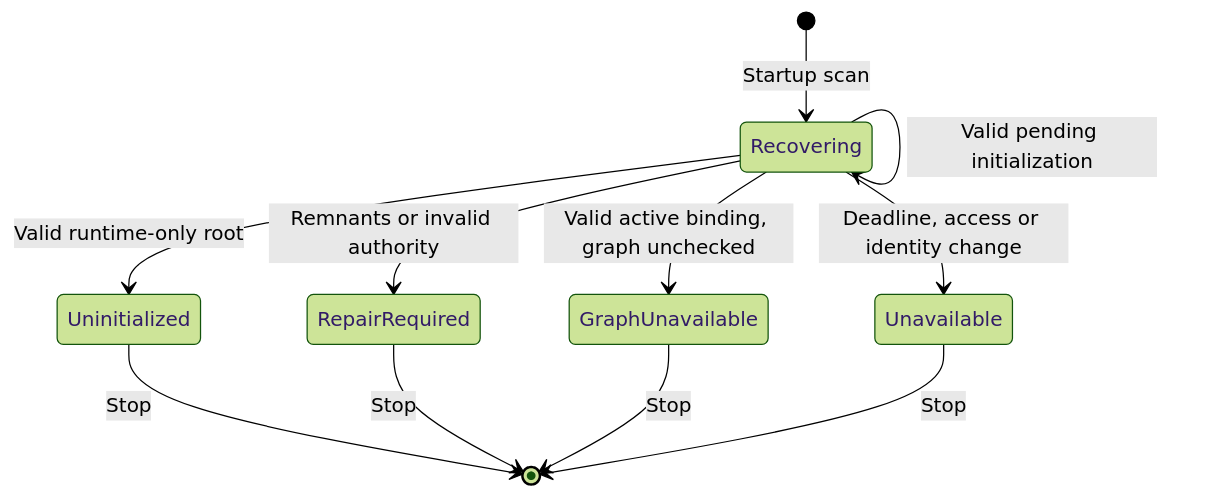
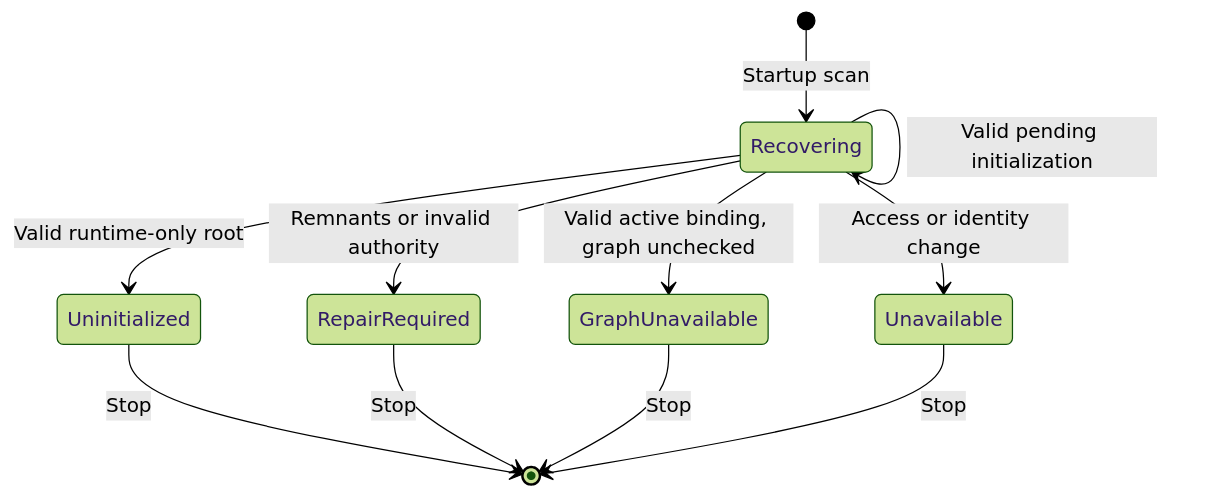
The third of 7 diagrams in docs/designs/persistence-recovery.md (pidster/asura), drawn with Mermaid (forest theme) before and after one commit. The commit also changed other lines of this file and 39 other files, not shown here.

````diff
--- a/docs/designs/persistence-recovery.md
+++ b/docs/designs/persistence-recovery.md
@@ -289,13 +290,13 @@
 ```mermaid
 stateDiagram-v2
     [*] --> Recovering: Startup scan
     Recovering --> Uninitialized: Valid runtime-only root
     Recovering --> RepairRequired: Remnants or invalid authority
     Recovering --> Recovering: Valid pending initialization
     Recovering --> GraphUnavailable: Valid active binding, graph unchecked
-    Recovering --> Unavailable: Deadline, access or identity change
+    Recovering --> Unavailable: Access or identity change
     Uninitialized --> [*]: Stop
     RepairRequired --> [*]: Stop
     GraphUnavailable --> [*]: Stop
     Unavailable --> [*]: Stop
 ```
````
